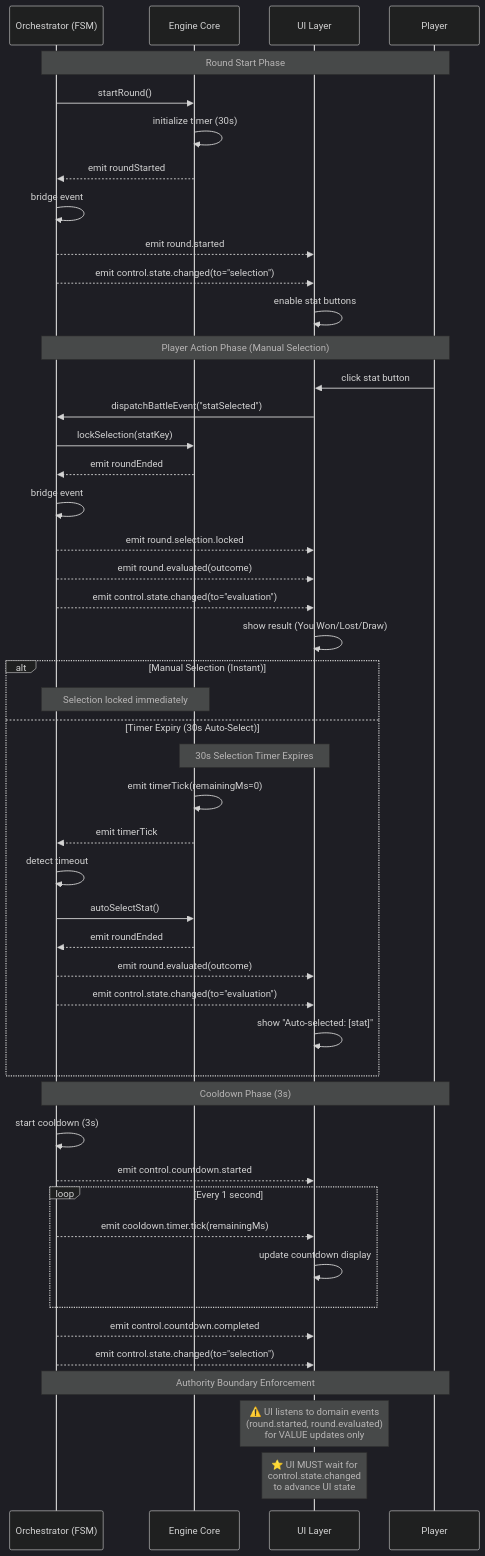
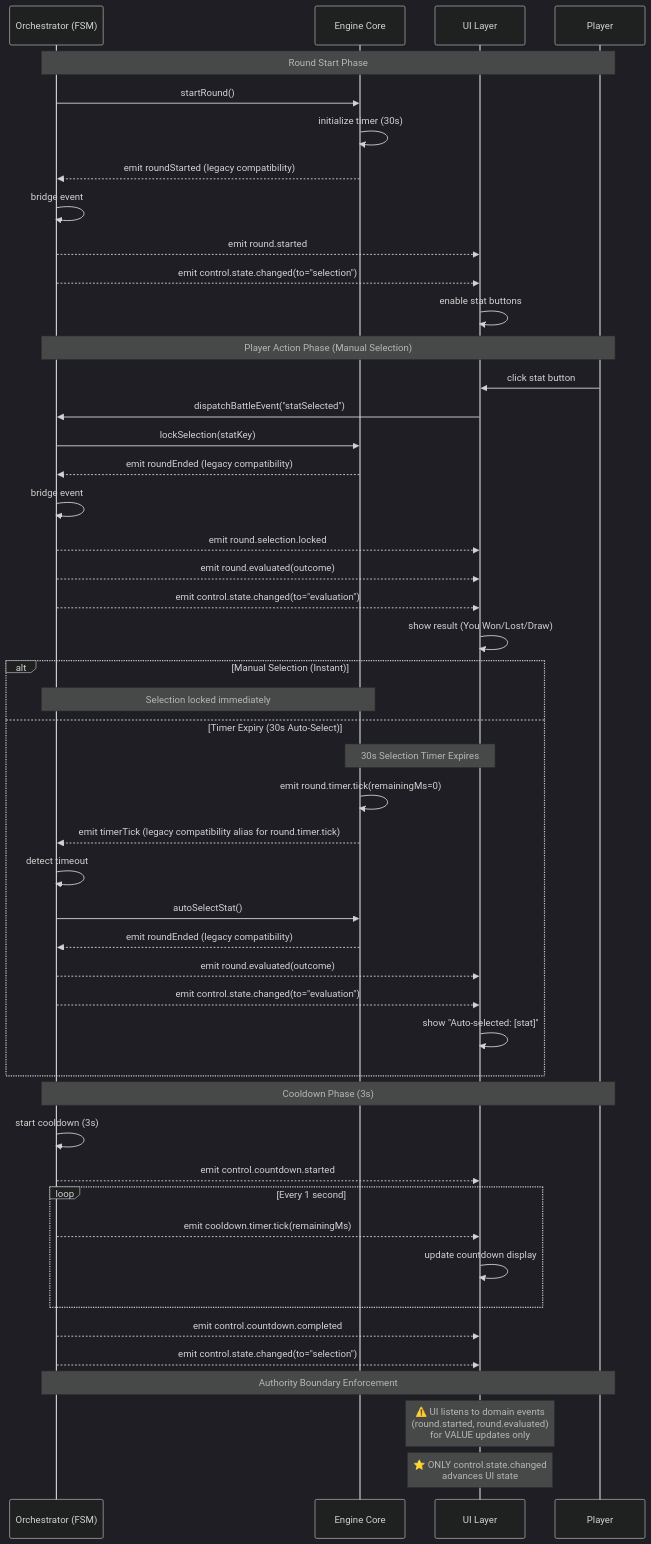
Before and after one commit to CyanAutomation/judokon: the first of 2 diagrams in design/productRequirementsDocuments/prdBattleEngine.md, drawn with Mermaid (dark theme). The commit also changed other lines of this file and 2 other files, not shown here.

Commit message:
docs: align Mermaid event naming with canonical battle contracts (#5687)

````diff
--- a/design/productRequirementsDocuments/prdBattleEngine.md
+++ b/design/productRequirementsDocuments/prdBattleEngine.md
@@ -92,55 +92,55 @@
 ```mermaid
 sequenceDiagram
   participant Orch as Orchestrator (FSM)
   participant Engine as Engine Core
   participant UI as UI Layer
   participant Player
 
   Note over Orch,Player: Round Start Phase
   Orch->>Engine: startRound()
   Engine->>Engine: initialize timer (30s)
-  Engine-->>Orch: emit roundStarted
+  Engine-->>Orch: emit roundStarted (legacy compatibility)
   Orch->>Orch: bridge event
   Orch-->>UI: emit round.started
   Orch-->>UI: emit control.state.changed(to="selection")
   UI->>UI: enable stat buttons
 
   Note over Orch,Player: Player Action Phase (Manual Selection)
   Player->>UI: click stat button
   UI->>Orch: dispatchBattleEvent("statSelected")
   Orch->>Engine: lockSelection(statKey)
-  Engine-->>Orch: emit roundEnded
+  Engine-->>Orch: emit roundEnded (legacy compatibility)
   Orch->>Orch: bridge event
   Orch-->>UI: emit round.selection.locked
   Orch-->>UI: emit round.evaluated(outcome)
   Orch-->>UI: emit control.state.changed(to="evaluation")
   UI->>UI: show result (You Won/Lost/Draw)
 
   alt Manual Selection (Instant)
     Note over Orch,Engine: Selection locked immediately
   else Timer Expiry (30s Auto-Select)
     Note over Engine,UI: 30s Selection Timer Expires
-    Engine->>Engine: emit timerTick(remainingMs=0)
-    Engine-->>Orch: emit timerTick
+    Engine->>Engine: emit round.timer.tick(remainingMs=0)
+    Engine-->>Orch: emit timerTick (legacy compatibility alias for round.timer.tick)
     Orch->>Orch: detect timeout
     Orch->>Engine: autoSelectStat()
-    Engine-->>Orch: emit roundEnded
+    Engine-->>Orch: emit roundEnded (legacy compatibility)
     Orch-->>UI: emit round.evaluated(outcome)
     Orch-->>UI: emit control.state.changed(to="evaluation")
     UI->>UI: show "Auto-selected: [stat]"
   end
 
   Note over Orch,Player: Cooldown Phase (3s)
   Orch->>Orch: start cooldown (3s)
   Orch-->>UI: emit control.countdown.started
   loop Every 1 second
     Orch-->>UI: emit cooldown.timer.tick(remainingMs)
     UI->>UI: update countdown display
   end
   Orch-->>UI: emit control.countdown.completed
   Orch-->>UI: emit control.state.changed(to="selection")
 
   Note over Orch,Player: Authority Boundary Enforcement
   Note over UI: ⚠️ UI listens to domain events<br/>(round.started, round.evaluated)<br/>for VALUE updates only
-  Note over UI: ⭐ UI MUST wait for<br/>control.state.changed<br/>to advance UI state
+  Note over UI: ⭐ ONLY control.state.changed<br/>advances UI state
 ```
````
